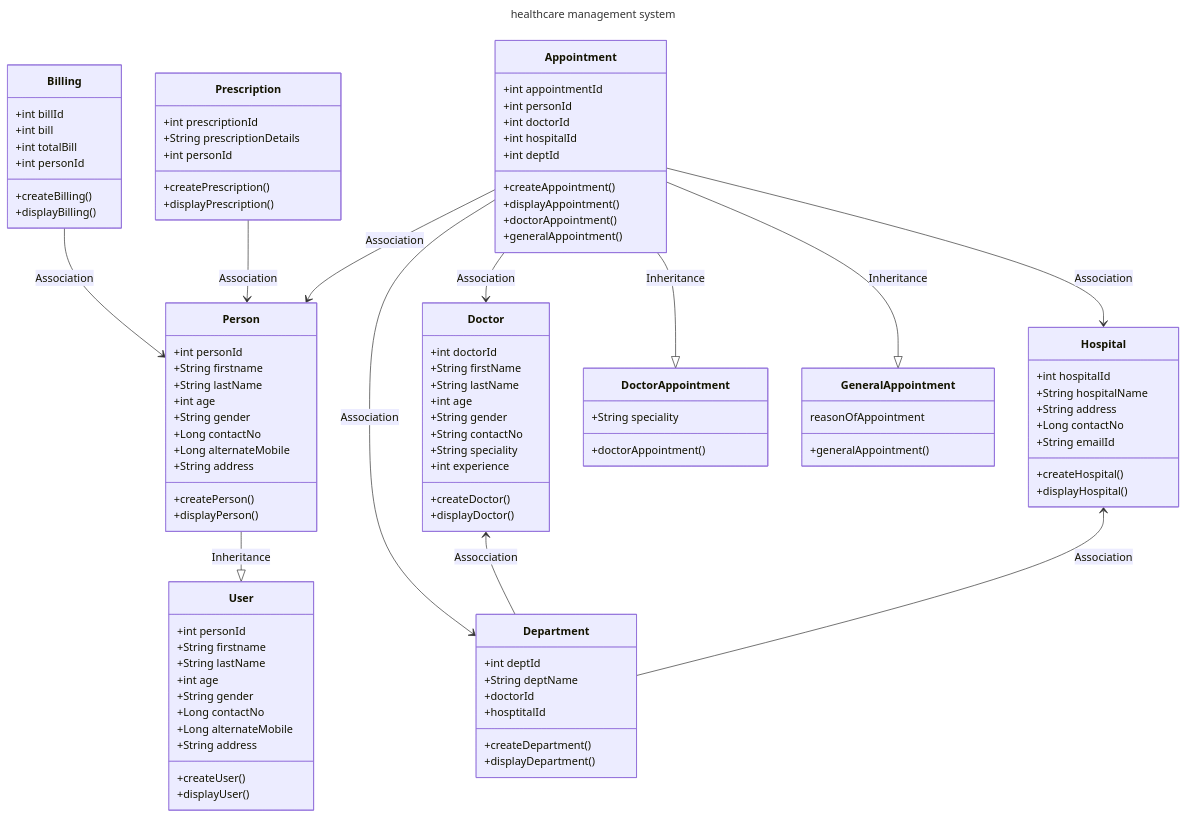
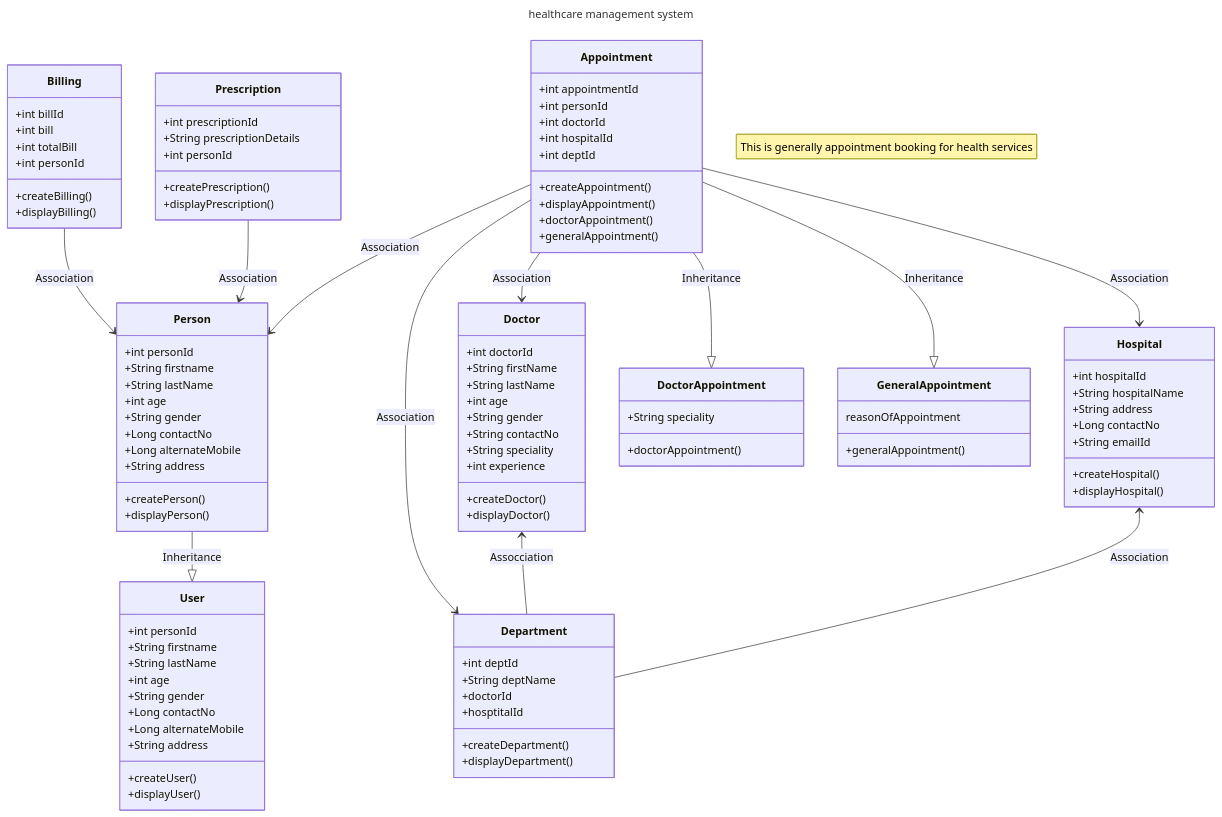
The diagram in README.md (Sunildivase/inheritance-healthcare-management-system), drawn with Mermaid before and after one commit.

```diff
--- a/README.md
+++ b/README.md
@@ -45,6 +45,8 @@
 title: healthcare management system
 ---
 classDiagram
+
+ note " This is generally appointment booking for health services"
 
  class Person
  Person : +int personId
```
